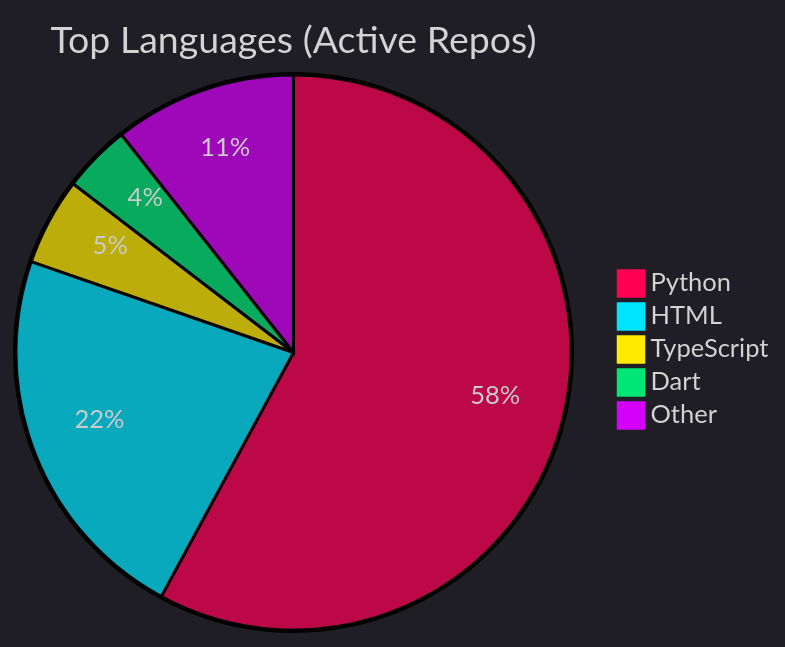
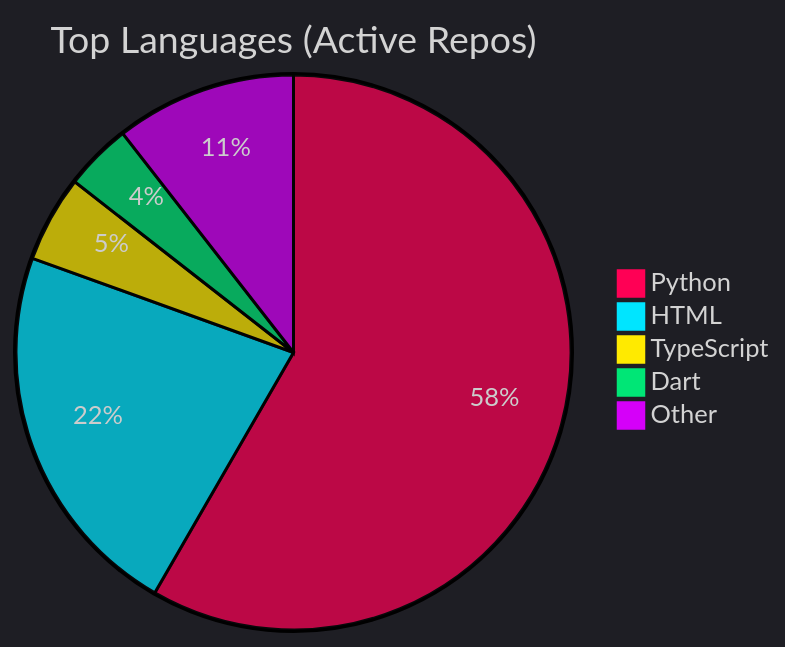
One commit to Nzettodess/Nzettodess changed the diagram in README.md. Above: the diagram before and after it, drawn with Mermaid. The commit also changed other lines of this file, not shown here.

Commit message:
Update recent activity [skip ci]

````diff
--- a/README.md
+++ b/README.md
@@ -35,9 +35,9 @@
 ```mermaid
 %%{init: {'theme': 'dark', 'themeVariables': { 'pie1': '#FF0055', 'pie2': '#00E5FF', 'pie3': '#FFEA00', 'pie4': '#00E676', 'pie5': '#D500F9' }}}%%
 pie title Top Languages (Active Repos)
-    "Python" : 57.90
-    "HTML" : 22.41
-    "TypeScript" : 5.09
-    "Dart" : 3.96
-    "Other" : 10.64
+    "Python" : 58.33
+    "HTML" : 22.18
+    "TypeScript" : 5.04
+    "Dart" : 3.91
+    "Other" : 10.54
 ```
````
